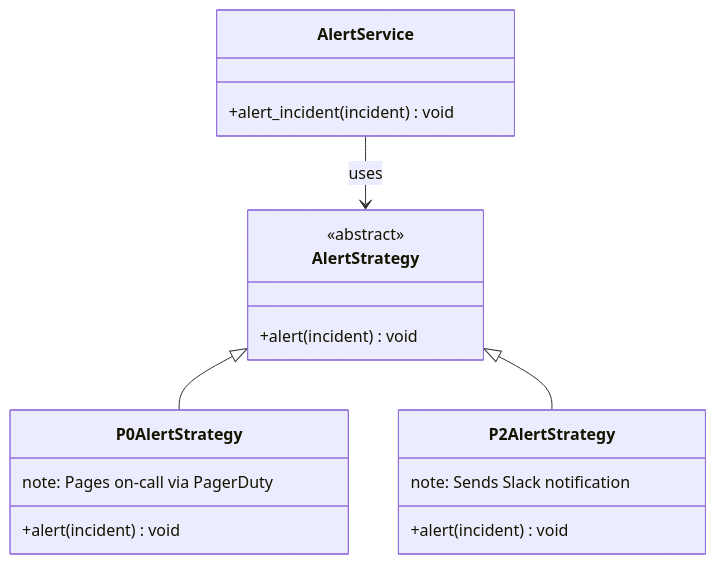
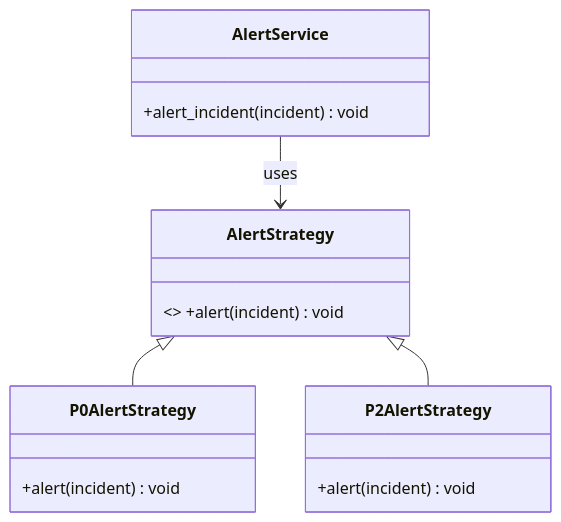
The seventh of 8 diagrams in README.md (ManishKudtarkar/incident-management), drawn with Mermaid before and after one commit. The commit also changed other lines of this file and 9 other files, not shown here.

````diff
--- a/README.md
+++ b/README.md
@@ -439,25 +410,11 @@
 ```mermaid
 classDiagram
-    class AlertStrategy {
-        <<abstract>>
-        +alert(incident) void
-    }
-
-    class P0AlertStrategy {
-        +alert(incident) void
-        note: Pages on-call via PagerDuty
-    }
-
-    class P2AlertStrategy {
-        +alert(incident) void
-        note: Sends Slack notification
-    }
-
-    class AlertService {
-        +alert_incident(incident) void
-    }
+    class AlertStrategy { <<abstract>> +alert(incident) void }
+    class P0AlertStrategy { +alert(incident) void }
+    class P2AlertStrategy { +alert(incident) void }
+    class AlertService { +alert_incident(incident) void }
 
     AlertStrategy <|-- P0AlertStrategy
     AlertStrategy <|-- P2AlertStrategy
     AlertService --> AlertStrategy : uses
 ```
````
